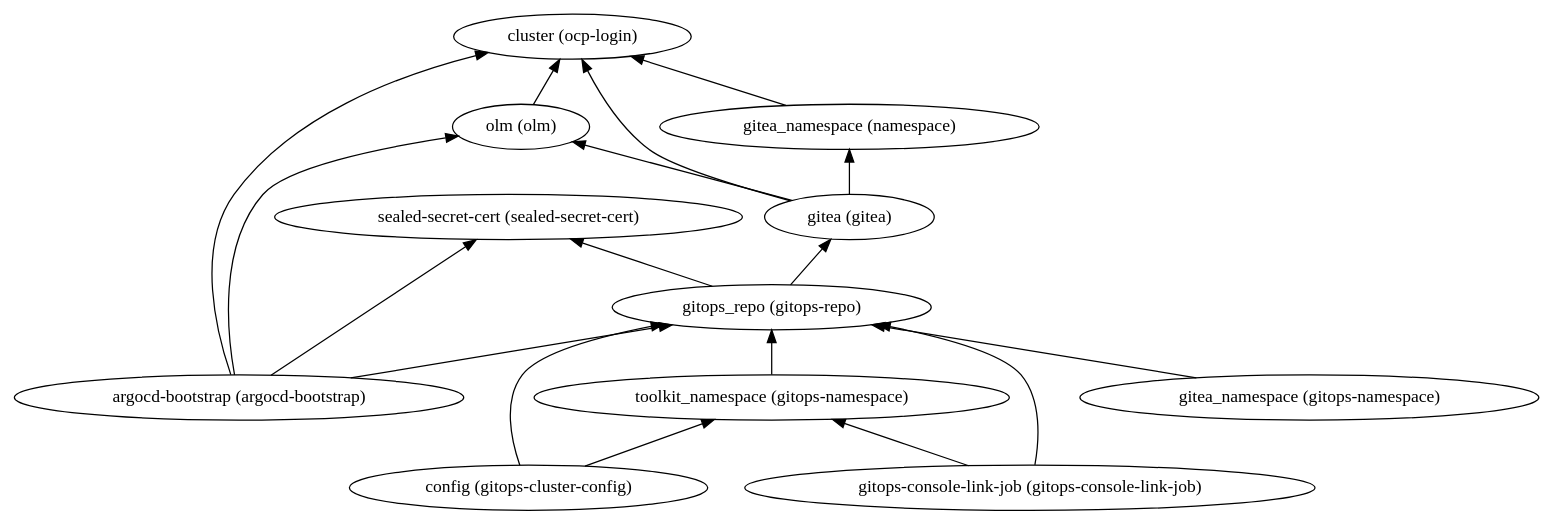
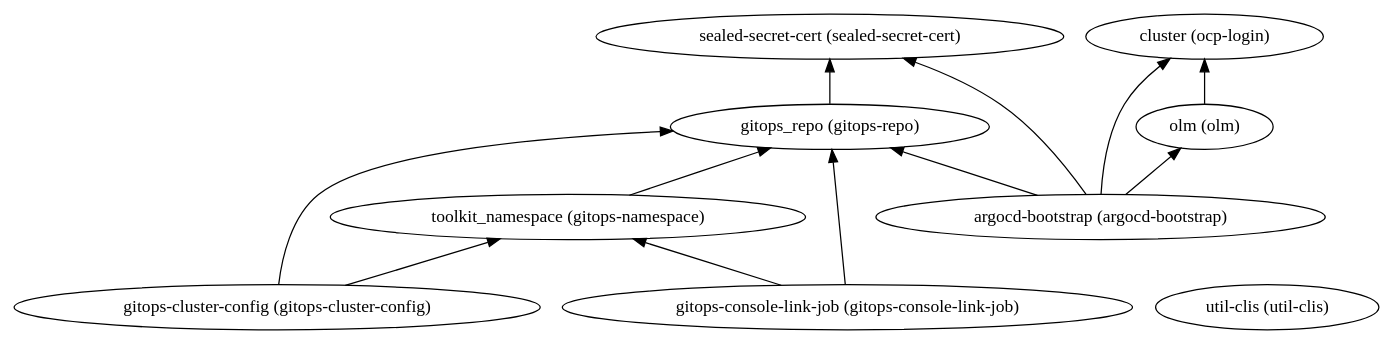
Before and after one commit to IBM/automation-ibmcloud-infra-openshift: the diagram in 1-quickstart/200-openshift-gitops/dependencies.dot, drawn with Graphviz. The commit also changed 41 other files, not shown here.

```diff
--- a/1-quickstart/200-openshift-gitops/dependencies.dot
+++ b/1-quickstart/200-openshift-gitops/dependencies.dot
@@ -1,31 +1,23 @@
 digraph {
     rankdir="BT"
-    "gitea (gitea)" -> "cluster (ocp-login)"
-"gitea (gitea)" -> "olm (olm)"
-"gitea (gitea)" -> "gitea_namespace (namespace)"
-"gitea (gitea)"
+    "gitops_repo (gitops-repo)" -> "sealed-secret-cert (sealed-secret-cert)"
+"gitops_repo (gitops-repo)"
+"sealed-secret-cert (sealed-secret-cert)"
+"argocd-bootstrap (argocd-bootstrap)" -> "cluster (ocp-login)"
+"argocd-bootstrap (argocd-bootstrap)" -> "olm (olm)"
+"argocd-bootstrap (argocd-bootstrap)" -> "gitops_repo (gitops-repo)"
+"argocd-bootstrap (argocd-bootstrap)" -> "sealed-secret-cert (sealed-secret-cert)"
+"argocd-bootstrap (argocd-bootstrap)"
 "cluster (ocp-login)"
 "olm (olm)" -> "cluster (ocp-login)"
 "olm (olm)"
-"gitea_namespace (namespace)" -> "cluster (ocp-login)"
-"gitea_namespace (namespace)"
-"config (gitops-cluster-config)" -> "gitops_repo (gitops-repo)"
-"config (gitops-cluster-config)" -> "toolkit_namespace (gitops-namespace)"
-"config (gitops-cluster-config)"
-"gitops_repo (gitops-repo)" -> "sealed-secret-cert (sealed-secret-cert)"
-"gitops_repo (gitops-repo)" -> "gitea (gitea)"
-"gitops_repo (gitops-repo)"
-"sealed-secret-cert (sealed-secret-cert)"
+"gitops-cluster-config (gitops-cluster-config)" -> "gitops_repo (gitops-repo)"
+"gitops-cluster-config (gitops-cluster-config)" -> "toolkit_namespace (gitops-namespace)"
+"gitops-cluster-config (gitops-cluster-config)"
 "toolkit_namespace (gitops-namespace)" -> "gitops_repo (gitops-repo)"
 "toolkit_namespace (gitops-namespace)"
 "gitops-console-link-job (gitops-console-link-job)" -> "gitops_repo (gitops-repo)"
 "gitops-console-link-job (gitops-console-link-job)" -> "toolkit_namespace (gitops-namespace)"
 "gitops-console-link-job (gitops-console-link-job)"
-"gitea_namespace (gitops-namespace)" -> "gitops_repo (gitops-repo)"
-"gitea_namespace (gitops-namespace)"
-"argocd-bootstrap (argocd-bootstrap)" -> "cluster (ocp-login)"
-"argocd-bootstrap (argocd-bootstrap)" -> "olm (olm)"
-"argocd-bootstrap (argocd-bootstrap)" -> "gitops_repo (gitops-repo)"
-"argocd-bootstrap (argocd-bootstrap)" -> "sealed-secret-cert (sealed-secret-cert)"
-"argocd-bootstrap (argocd-bootstrap)"
+"util-clis (util-clis)"
   }
```
